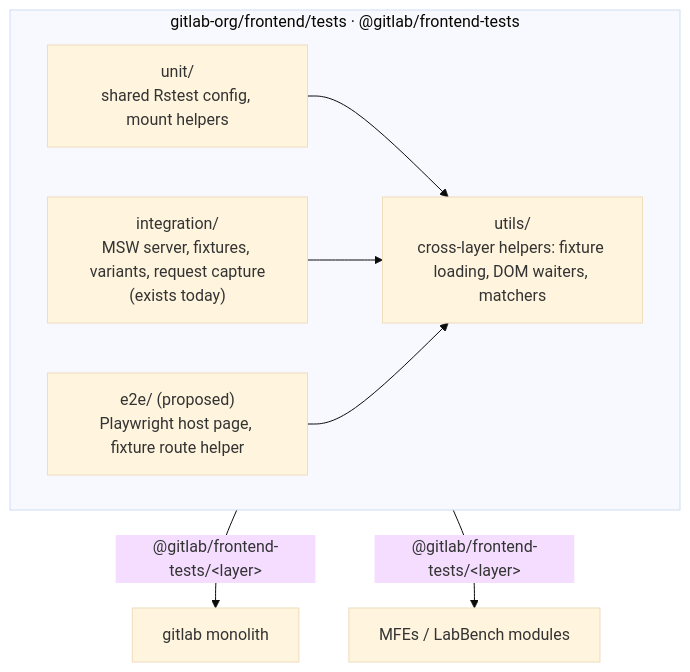
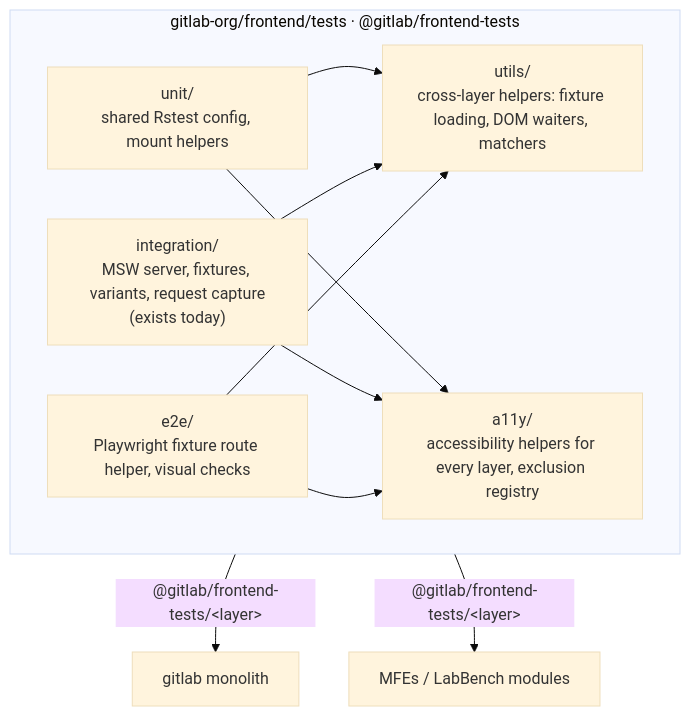
Before and after one commit to kyama0/gitlab-handbook-ja: the diagram in content/handbook/engineering/architecture/design-documents/mfe_platform/decisions/002_reusable_testing_approach.md, drawn with Mermaid (base theme). The commit also changed other lines of this file and 32 other files, not shown here.

````diff
--- a/content/handbook/engineering/architecture/design-documents/mfe_platform/decisions/002_reusable_testing_approach.md
+++ b/content/handbook/engineering/architecture/design-documents/mfe_platform/decisions/002_reusable_testing_approach.md
@@ -43,17 +55,21 @@
 ```mermaid
 flowchart TB
   subgraph repo["gitlab-org/frontend/tests · @gitlab/frontend-tests"]
     direction LR
     unit["unit/<br/>shared Rstest config, mount helpers"]
     integ["integration/<br/>MSW server, fixtures, variants, request capture<br/>(exists today)"]
-    e2e["e2e/ (proposed)<br/>Playwright host page, fixture route helper"]
+    e2e["e2e/<br/>Playwright fixture route helper, visual checks"]
+    a11y["a11y/<br/>accessibility helpers for every layer, exclusion registry"]
     utils["utils/<br/>cross-layer helpers: fixture loading, DOM waiters, matchers"]
   end
 
   unit --> utils
   integ --> utils
   e2e --> utils
+  unit --> a11y
+  integ --> a11y
+  e2e --> a11y
 
   repo -->|"@gitlab/frontend-tests/&lt;layer&gt;"| mono["gitlab monolith"]
   repo -->|"@gitlab/frontend-tests/&lt;layer&gt;"| mfe["MFEs / LabBench modules"]
 ```
````
